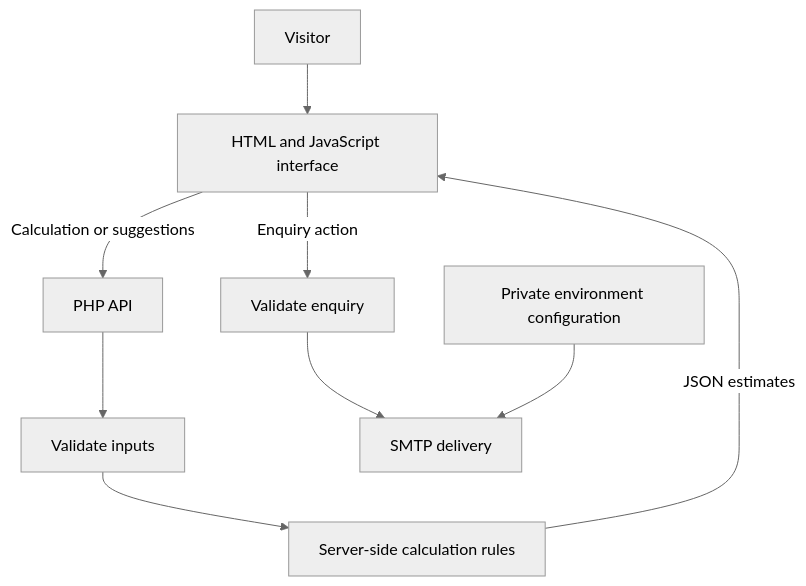
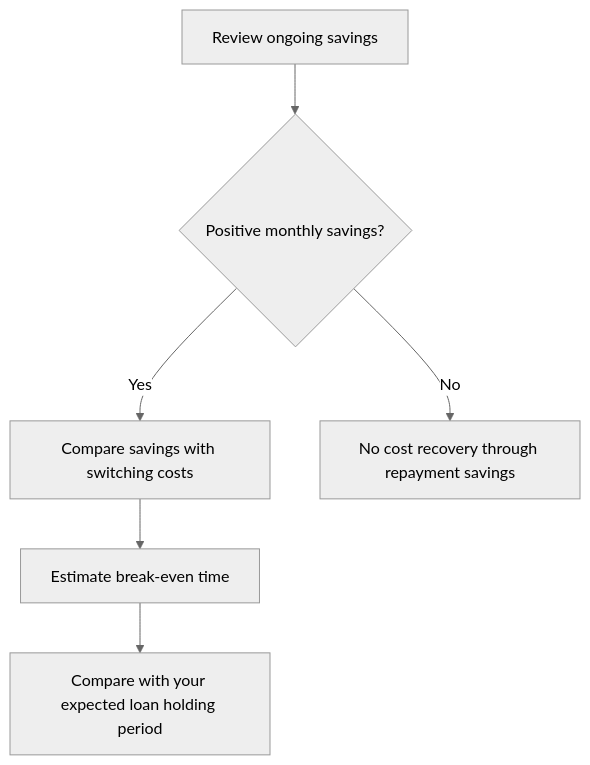
One commit to sanahosseini70/home-loan-refinance-calculator changed the second of 2 diagrams in README.md. Above: the diagram before and after it, drawn with Mermaid (neutral theme). The commit also changed other lines of this file, not shown here.

````diff
--- a/README.md
+++ b/README.md
@@ -96,11 +117,8 @@
 ```mermaid
 flowchart TD
-    U[Visitor] --> H[HTML and JavaScript interface]
-    H -->|Calculation or suggestions| P[PHP API]
-    P --> V[Validate inputs]
-    V --> M[Server-side calculation rules]
-    M -->|JSON estimates| H
-    H -->|Enquiry action| L[Validate enquiry]
-    L --> S[SMTP delivery]
-    E[Private environment configuration] --> S
+    A[Review ongoing savings] --> B{Positive monthly savings?}
+    B -->|Yes| C[Compare savings with switching costs]
+    B -->|No| D[No cost recovery through repayment savings]
+    C --> E[Estimate break-even time]
+    E --> F[Compare with your expected loan holding period]
 ```
````
